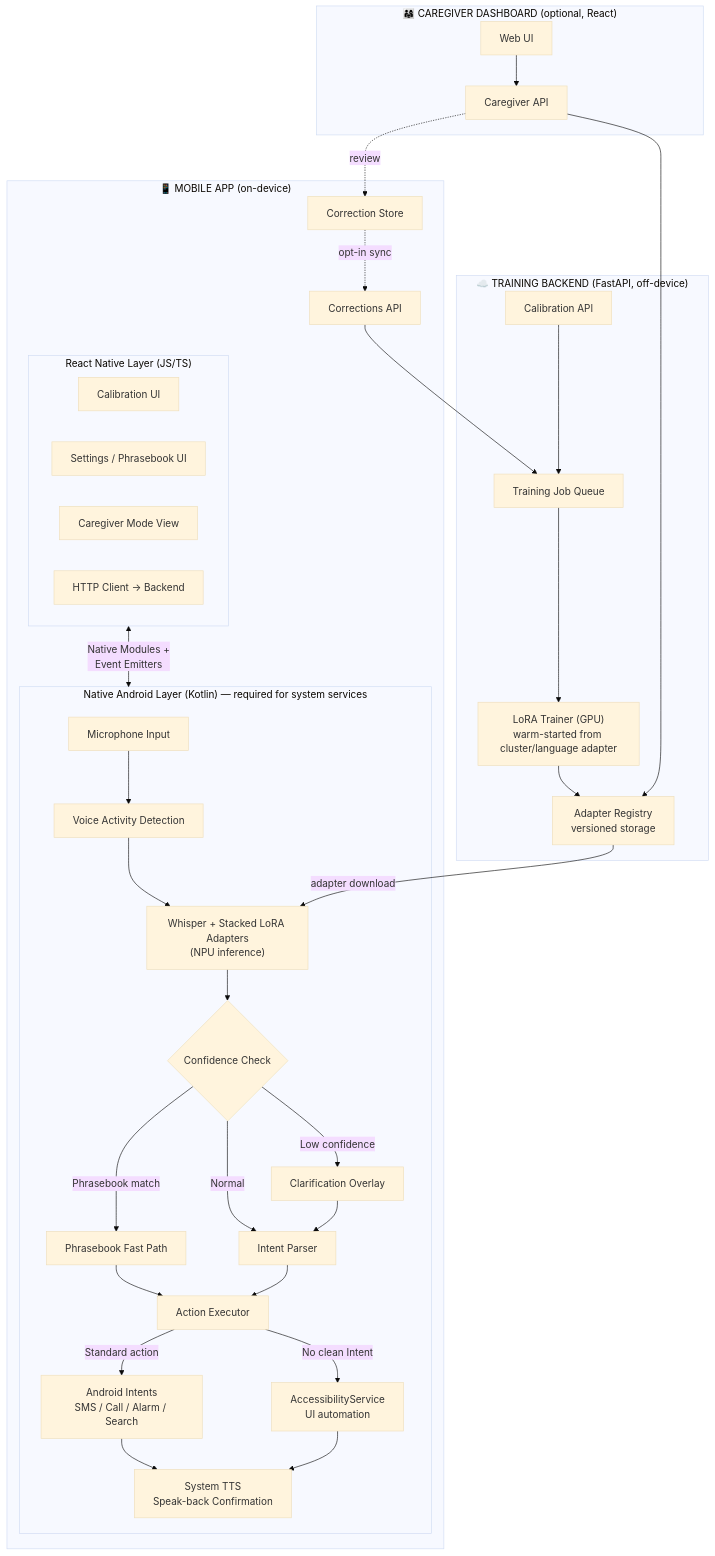
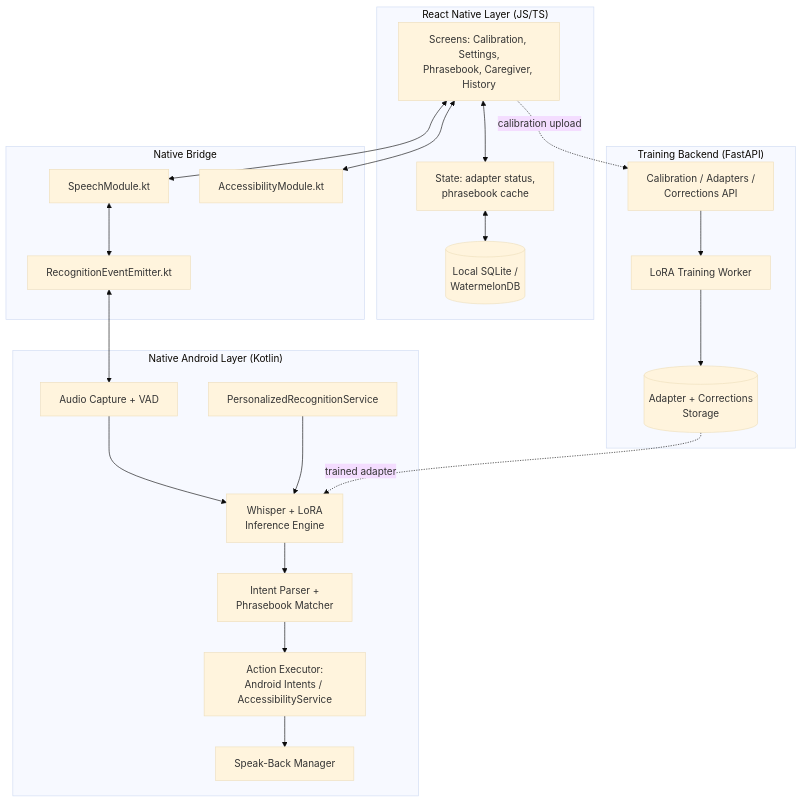
Before and after one commit to Anushka13-bit/Vaani: the first of 7 diagrams in README.md, drawn with Mermaid (base theme). The commit also changed other lines of this file, not shown here.

````diff
--- a/README.md
+++ b/README.md
@@ -79,44 +95,45 @@
 ```mermaid
 flowchart TB
-    subgraph Device["📱 MOBILE APP (on-device)"]
-        subgraph RN["React Native Layer (JS/TS)"]
-            UI[Calibration UI]
-            SET[Settings / Phrasebook UI]
-            CG[Caregiver Mode View]
-            NET[HTTP Client → Backend]
-        end
-
-        subgraph Native["Native Android Layer (Kotlin) — required for system services"]
-            MIC[Microphone Input] --> VAD[Voice Activity Detection]
-            VAD --> STT["Whisper + Stacked LoRA Adapters<br/>(NPU inference)"]
-            STT --> CONF{Confidence Check}
-            CONF -->|Low confidence| CLARIFY[Clarification Overlay]
-            CONF -->|Phrasebook match| PB[Phrasebook Fast Path]
-            CONF -->|Normal| NLU[Intent Parser]
-            CLARIFY --> NLU
-            PB --> EXEC
-            NLU --> EXEC[Action Executor]
-            EXEC -->|Standard action| INTENT[Android Intents<br/>SMS / Call / Alarm / Search]
-            EXEC -->|No clean Intent| ACC[AccessibilityService<br/>UI automation]
-            INTENT --> TTS[System TTS<br/>Speak-back Confirmation]
-            ACC --> TTS
-        end
-
-        RN <-->|Native Modules +<br/>Event Emitters| Native
-        CORR[Correction Store] -.opt-in sync.-> SYNC
+    subgraph RN[" React Native Layer (JS/TS)"]
+        UI[Screens: Calibration, Settings,<br/>Phrasebook, Caregiver, History]
+        STATE[State: adapter status,<br/>phrasebook cache]
+        LOCALDB[(Local SQLite /<br/>WatermelonDB)]
     end
 
-    subgraph Backend["☁️ TRAINING BACKEND (FastAPI, off-device)"]
-        SYNC[Corrections API] --> QUEUE[Training Job Queue]
-        CAL[Calibration API] --> QUEUE
-        QUEUE --> TRAINER["LoRA Trainer (GPU)<br/>warm-started from cluster/language adapter"]
-        TRAINER --> REGISTRY[Adapter Registry<br/>versioned storage]
-        REGISTRY -->|adapter download| STT
+    subgraph BRIDGE[" Native Bridge"]
+        SPEECHMOD[SpeechModule.kt]
+        ACCMOD[AccessibilityModule.kt]
+        EVENTS[RecognitionEventEmitter.kt]
     end
 
-    subgraph Caregiver["👨‍👩‍👧 CAREGIVER DASHBOARD (optional, React)"]
-        DASH[Web UI] --> CGAPI[Caregiver API]
-        CGAPI --> REGISTRY
-        CGAPI -.review.-> CORR
+    subgraph NATIVE[" Native Android Layer (Kotlin)"]
+        AUDIO[Audio Capture + VAD]
+        STT[Whisper + LoRA<br/>Inference Engine]
+        RECSVC[PersonalizedRecognitionService]
+        NLU[Intent Parser +<br/>Phrasebook Matcher]
+        ACTIONS[Action Executor:<br/>Android Intents / AccessibilityService]
+        TTS[Speak-Back Manager]
     end
+
+    subgraph BACKEND[" Training Backend (FastAPI)"]
+        API[Calibration / Adapters /<br/>Corrections API]
+        WORKER[LoRA Training Worker]
+        STORE[(Adapter + Corrections<br/>Storage)]
+    end
+
+    UI <--> STATE
+    STATE <--> LOCALDB
+    UI <--> SPEECHMOD
+    UI <--> ACCMOD
+    SPEECHMOD <--> EVENTS
+    EVENTS <--> AUDIO
+    AUDIO --> STT
+    RECSVC --> STT
+    STT --> NLU
+    NLU --> ACTIONS
+    ACTIONS --> TTS
+    UI -. calibration upload .-> API
+    API --> WORKER
+    WORKER --> STORE
+    STORE -. trained adapter .-> STT
 ```
````
